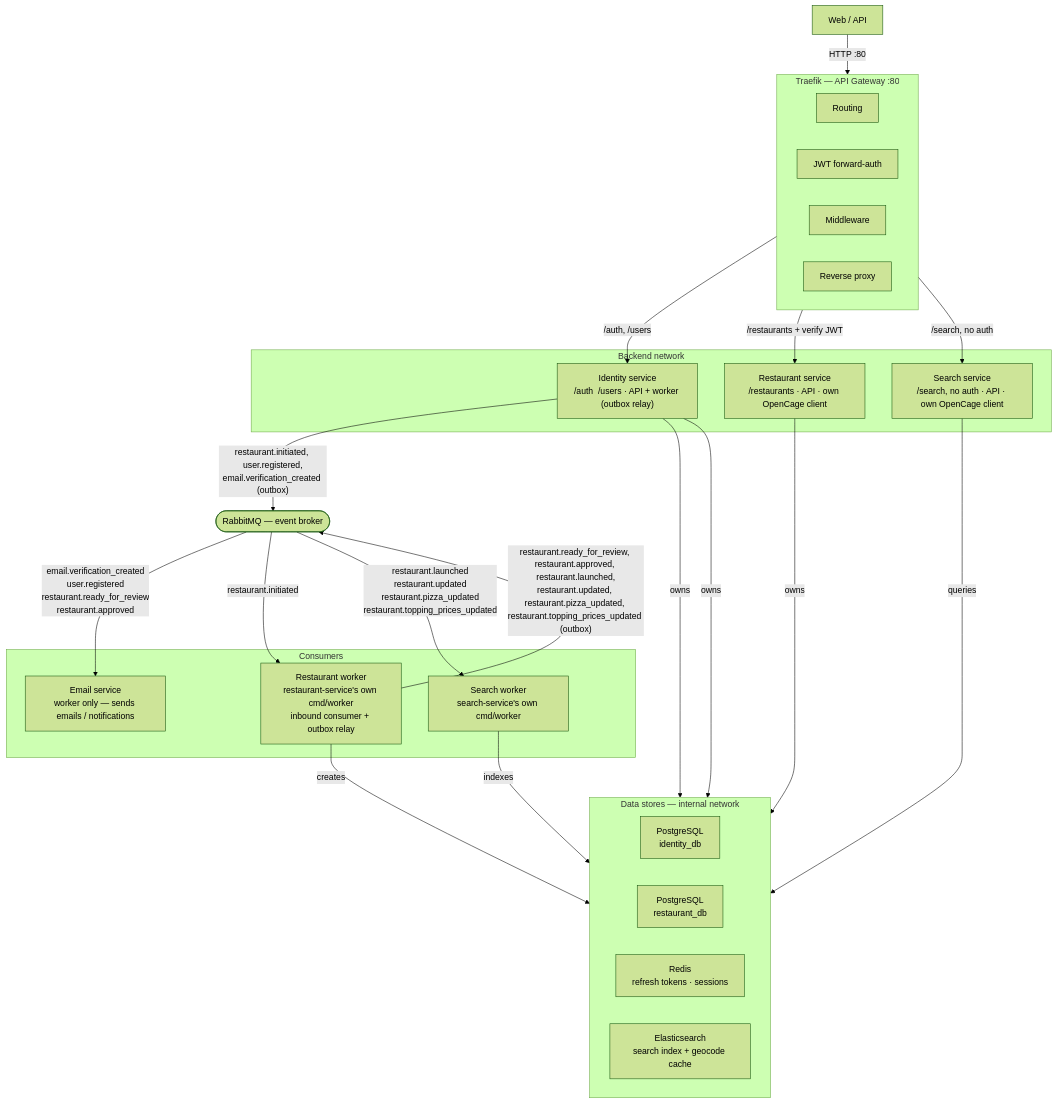
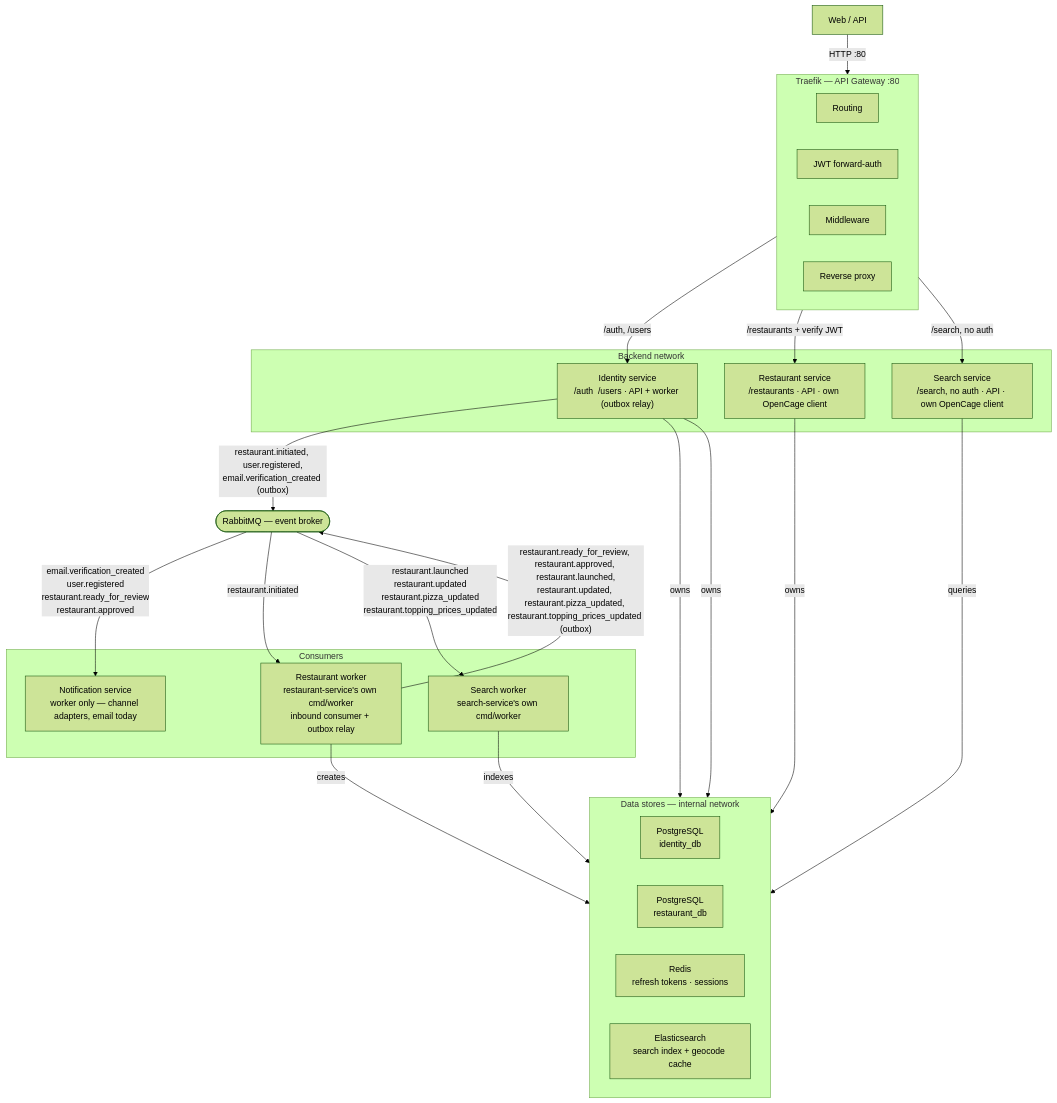
One commit to tarique-iqbal/pizza-marketplace changed the diagram in docs/architecture.md. Above: the diagram before and after it, drawn with Mermaid (forest theme). The commit also changed other lines of this file and 9 other files, not shown here.

Commit message:
docs: rename email references to notification

````diff
--- a/docs/architecture.md
+++ b/docs/architecture.md
@@ -5,54 +5,54 @@
 ```mermaid
 flowchart TD
   CLIENT["Web / API"]
 
   subgraph GW["Traefik — API Gateway :80"]
     direction LR
     ROUTE["Routing"]
     JWT["JWT forward-auth"]
     MW["Middleware"]
     RP["Reverse proxy"]
   end
 
   subgraph BACKEND["Backend network"]
     IS["Identity service\n/auth  /users · API + worker (outbox relay)"]
     RS["Restaurant service\n/restaurants · API · own OpenCage client"]
     SS["Search service\n/search, no auth · API · own OpenCage client"]
   end
 
   BROKER(["RabbitMQ — event broker"])
 
   subgraph CONSUMERS["Consumers"]
-    EMAIL["Email service\nworker only — sends emails / notifications"]
+    NOTIF["Notification service\nworker only — channel adapters, email today"]
     RW["Restaurant worker\nrestaurant-service's own cmd/worker\ninbound consumer + outbox relay"]
     SW["Search worker\nsearch-service's own cmd/worker"]
   end
 
   subgraph STORES["Data stores — internal network"]
     direction LR
     PGI["PostgreSQL\nidentity_db"]
     PGR["PostgreSQL\nrestaurant_db"]
     REDIS["Redis\nrefresh tokens · sessions"]
     ES["Elasticsearch\nsearch index + geocode cache"]
   end
 
   CLIENT -->|HTTP :80| GW
   GW -->|"/auth, /users"| IS
   GW -->|"/restaurants + verify JWT"| RS
   GW -->|"/search, no auth"| SS
 
   IS -->|owns| PGI
   IS -->|owns| REDIS
   RS -->|owns| PGR
   SS -->|queries| ES
 
   IS -- "restaurant.initiated, user.registered,\nemail.verification_created (outbox)" --> BROKER
   RW -- "restaurant.ready_for_review, restaurant.approved, restaurant.launched,\nrestaurant.updated, restaurant.pizza_updated, restaurant.topping_prices_updated (outbox)" --> BROKER
 
-  BROKER -- "email.verification_created\nuser.registered\nrestaurant.ready_for_review\nrestaurant.approved" --> EMAIL
+  BROKER -- "email.verification_created\nuser.registered\nrestaurant.ready_for_review\nrestaurant.approved" --> NOTIF
   BROKER -- "restaurant.initiated" --> RW
   BROKER -- "restaurant.launched\nrestaurant.updated\nrestaurant.pizza_updated\nrestaurant.topping_prices_updated" --> SW
 
   RW -->|creates| PGR
   SW -->|indexes| ES
 ```
````
